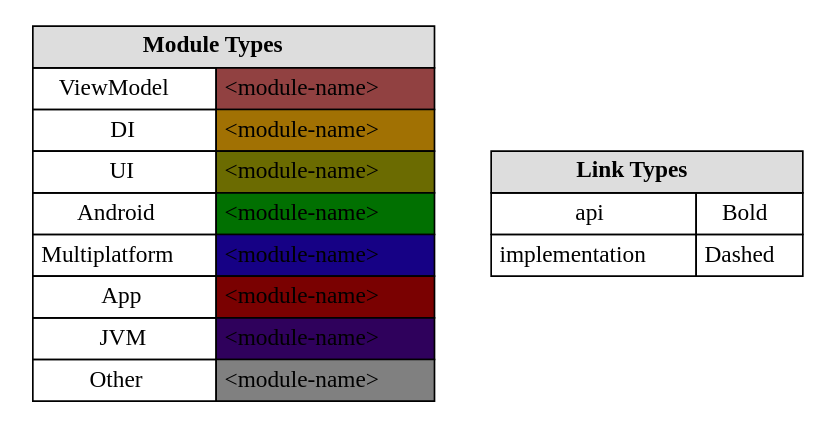
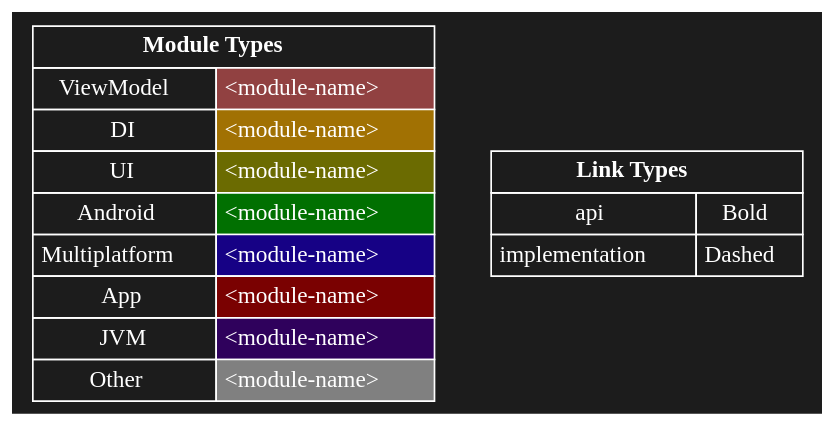
Before and after one commit to jonapoul/aktual: the diagram in atlas/legend.dot, drawn with Graphviz. The commit also changed 2 other files, not shown here.

```diff
--- a/atlas/legend.dot
+++ b/atlas/legend.dot
@@ -1,23 +1,25 @@
 digraph {
-  node [shape=plaintext]
+  node [shape="plaintext",style="filled",fontcolor="white",color="transparent"]
+  edge [arrowhead="normal",color="white"]
+  graph [bgcolor="#1c1c1c",rankdir="TB",ranksep="1.5"]
   modules [label=<
-  <TABLE BORDER="0" CELLBORDER="1" CELLSPACING="0" CELLPADDING="4">
-    <TR><TD COLSPAN="2" BGCOLOR="#DDDDDD"><B>Module Types</B></TD></TR>
+  <TABLE BORDER="0" CELLBORDER="1" CELLSPACING="0" CELLPADDING="4" COLOR="white">
+    <TR><TD COLSPAN="2"><B>Module Types</B></TD></TR>
     <TR><TD>ViewModel</TD><TD BGCOLOR="#914141">&lt;module-name&gt;</TD></TR>
     <TR><TD>DI</TD><TD BGCOLOR="#a17103">&lt;module-name&gt;</TD></TR>
     <TR><TD>UI</TD><TD BGCOLOR="#6b6b01">&lt;module-name&gt;</TD></TR>
     <TR><TD>Android</TD><TD BGCOLOR="#017001">&lt;module-name&gt;</TD></TR>
     <TR><TD>Multiplatform</TD><TD BGCOLOR="#160185">&lt;module-name&gt;</TD></TR>
     <TR><TD>App</TD><TD BGCOLOR="#7a0101">&lt;module-name&gt;</TD></TR>
     <TR><TD>JVM</TD><TD BGCOLOR="#2f015c">&lt;module-name&gt;</TD></TR>
     <TR><TD>Other</TD><TD BGCOLOR="#808080">&lt;module-name&gt;</TD></TR>
   </TABLE>
   >];
   links [label=<
-  <TABLE BORDER="0" CELLBORDER="1" CELLSPACING="0" CELLPADDING="4">
-    <TR><TD COLSPAN="2" BGCOLOR="#DDDDDD"><B>Link Types</B></TD></TR>
+  <TABLE BORDER="0" CELLBORDER="1" CELLSPACING="0" CELLPADDING="4" COLOR="white">
+    <TR><TD COLSPAN="2"><B>Link Types</B></TD></TR>
     <TR><TD>api</TD><TD>Bold</TD></TR>
     <TR><TD>implementation</TD><TD>Dashed</TD></TR>
   </TABLE>
   >];
 }
```
